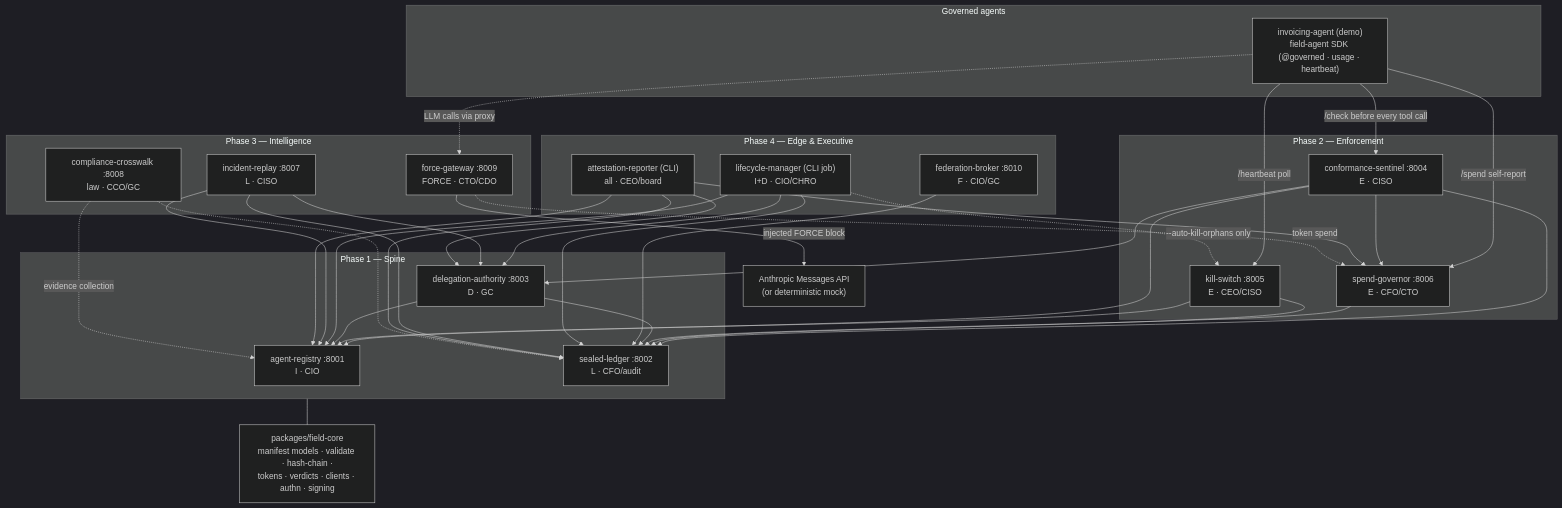
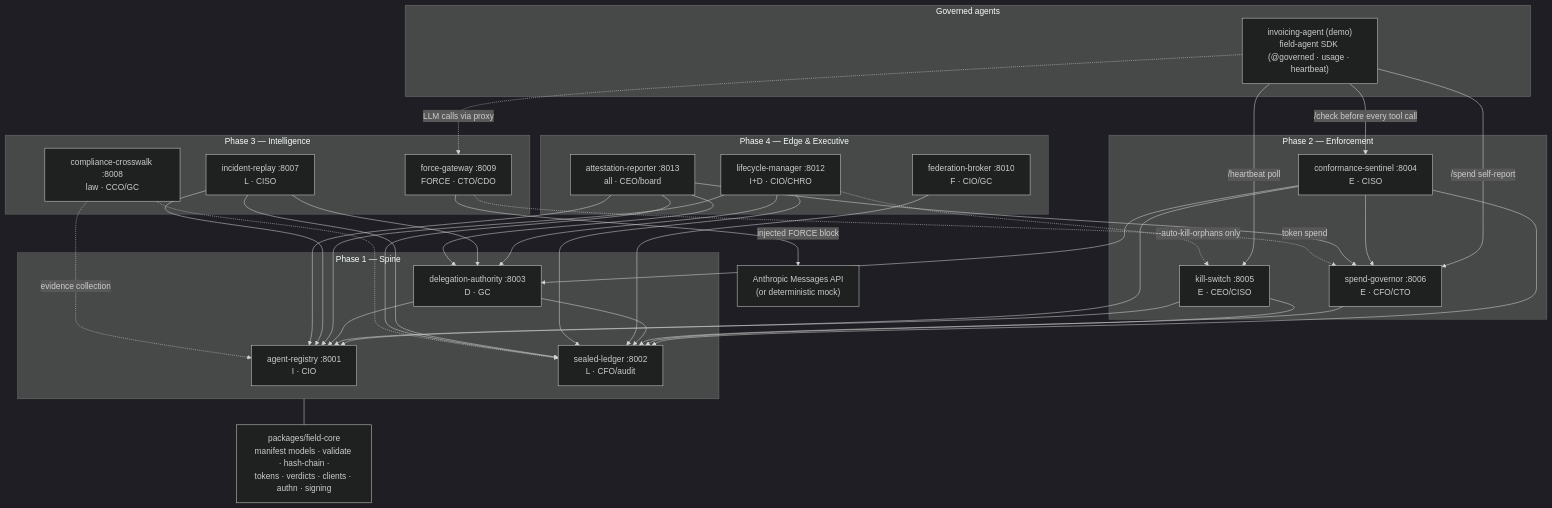
The first of 4 diagrams in docs/ARCHITECTURE.md (SpinStateLabs/field-platform), drawn with Mermaid (dark theme) before and after one commit. The commit also changed 15 other files, not shown here.

````diff
--- a/docs/ARCHITECTURE.md
+++ b/docs/ARCHITECTURE.md
@@ -11,65 +11,65 @@
 ```mermaid
 flowchart TB
     subgraph AGENTS["Governed agents"]
         AGENT["invoicing-agent (demo)<br/>field-agent SDK (@governed · usage · heartbeat)"]
     end
 
     subgraph EDGE["Phase 4 — Edge & Executive"]
         FED["federation-broker :8010<br/>F · CIO/GC"]
-        LIFE["lifecycle-manager (CLI job)<br/>I+D · CIO/CHRO"]
-        ATT["attestation-reporter (CLI)<br/>all · CEO/board"]
+        LIFE["lifecycle-manager :8012<br/>I+D · CIO/CHRO"]
+        ATT["attestation-reporter :8013<br/>all · CEO/board"]
     end
 
     subgraph INTEL["Phase 3 — Intelligence"]
         REPLAY["incident-replay :8007<br/>L · CISO"]
         XWALK["compliance-crosswalk :8008<br/>law · CCO/GC"]
         GW["force-gateway :8009<br/>FORCE · CTO/CDO"]
     end
 
     subgraph ENFORCE["Phase 2 — Enforcement"]
         SENT["conformance-sentinel :8004<br/>E · CISO"]
         KILL["kill-switch :8005<br/>E · CEO/CISO"]
         GOV["spend-governor :8006<br/>E · CFO/CTO"]
     end
 
     subgraph SPINE["Phase 1 — Spine"]
         REG["agent-registry :8001<br/>I · CIO"]
         LED["sealed-ledger :8002<br/>L · CFO/audit"]
         DEL["delegation-authority :8003<br/>D · GC"]
     end
 
     CORE["packages/field-core<br/>manifest models · validate · hash-chain ·<br/>tokens · verdicts · clients · authn · signing"]
 
     AGENT -->|"/check before every tool call"| SENT
     AGENT -->|"/heartbeat poll"| KILL
     AGENT -->|"/spend self-report"| GOV
     AGENT -.->|"LLM calls via proxy"| GW
 
     SENT --> REG
     SENT --> DEL
     SENT --> GOV
     SENT --> LED
     KILL --> REG
     KILL --> LED
     GOV --> LED
     DEL --> REG
     DEL --> LED
     FED --> LED
     LIFE --> REG
     LIFE --> DEL
     LIFE --> LED
     LIFE -.->|"--auto-kill-orphans only"| KILL
     REPLAY --> LED
     REPLAY --> REG
     REPLAY --> DEL
     ATT --> REG
     ATT --> LED
     ATT --> DEL
     ATT --> GOV
     GW -.->|"token spend"| GOV
     GW -->|"injected FORCE block"| UPSTREAM["Anthropic Messages API<br/>(or deterministic mock)"]
     XWALK -.->|"evidence collection"| REG
     XWALK -.-> LED
 
     SPINE --- CORE
 ```
````
